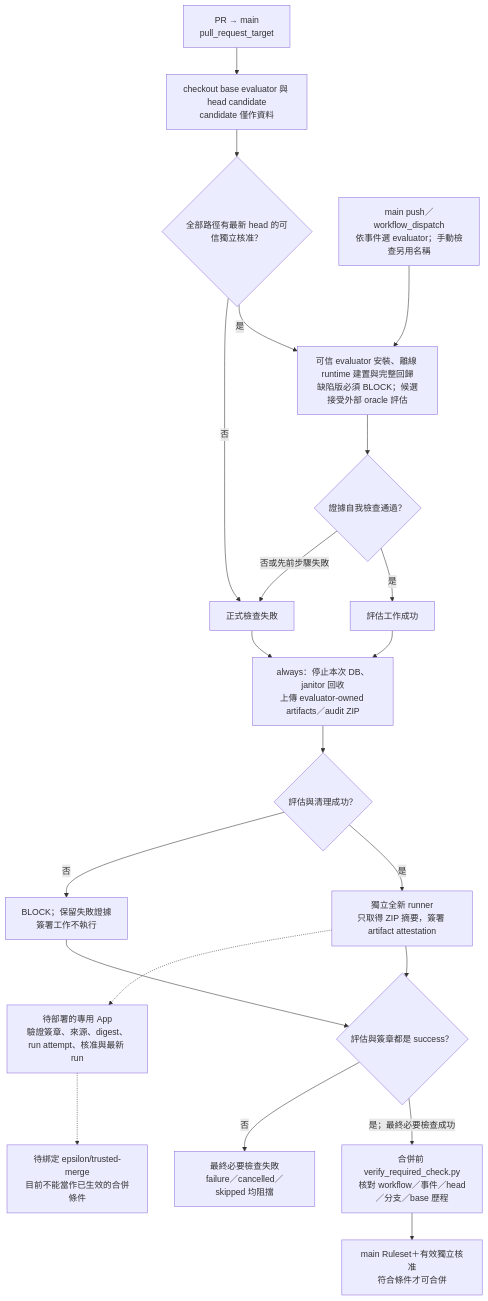
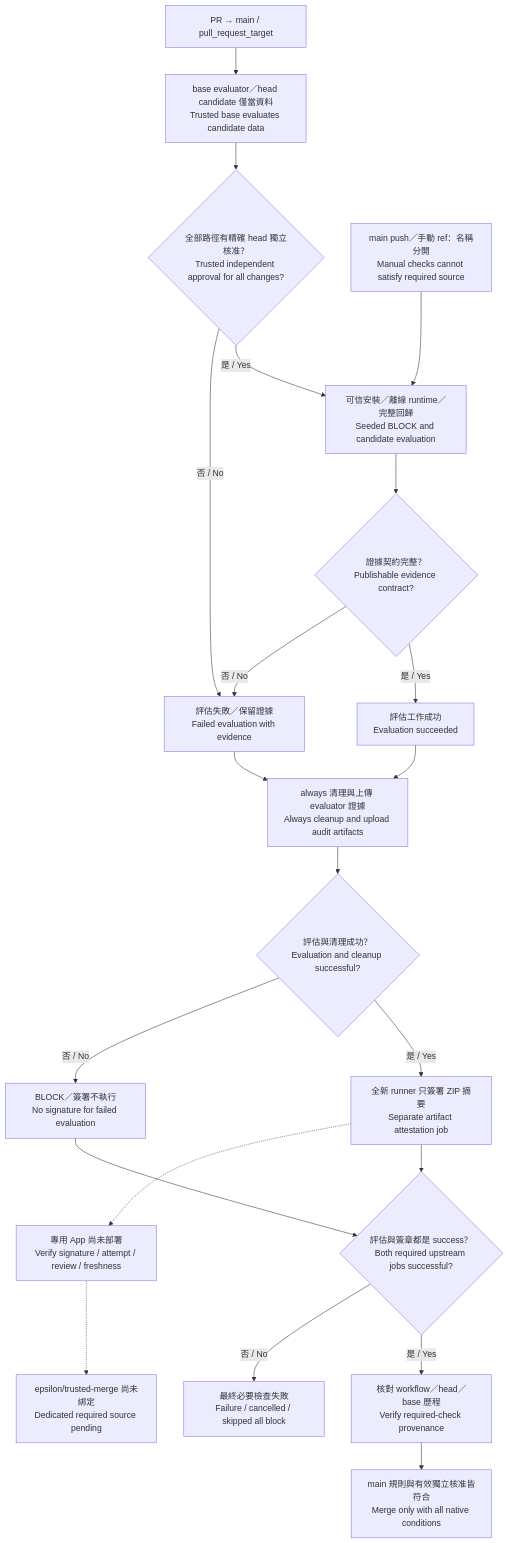
One commit to chinchiang/MultiAgentEpsilon changed the diagram in docs/diagrams/ci-flow.mmd. Above: the diagram before and after it, drawn with Mermaid. The commit also changed 128 other files, not shown here.

```diff
--- a/docs/diagrams/ci-flow.mmd
+++ b/docs/diagrams/ci-flow.mmd
@@ -1,21 +1,21 @@
 flowchart TB
-    PR["PR → main<br/>pull_request_target"] --> Checkout["checkout base evaluator 與 head candidate<br/>candidate 僅作資料"]
-    Checkout --> Guard{"全部路徑有最新 head 的可信獨立核准？"}
-    Guard -->|"是"| Evaluate["可信 evaluator 安裝、離線 runtime 建置與完整回歸<br/>缺陷版必須 BLOCK；候選接受外部 oracle 評估"]
-    Guard -->|"否"| Failure["正式檢查失敗"]
-    Other["main push／workflow_dispatch<br/>依事件選 evaluator；手動檢查另用名稱"] --> Evaluate
-    Evaluate --> Contract{"證據自我檢查通過？"}
-    Contract -->|"是"| Success["評估工作成功"]
-    Contract -->|"否或先前步驟失敗"| Failure
-    Success --> Cleanup["always：停止本次 DB、janitor 回收<br/>上傳 evaluator-owned artifacts／audit ZIP"]
-    Failure --> Cleanup
-    Cleanup --> Finished{"評估與清理成功？"}
-    Finished -->|"是"| Attest["獨立全新 runner<br/>只取得 ZIP 摘要，簽署 artifact attestation"]
-    Finished -->|"否"| Block["BLOCK；保留失敗證據<br/>簽署工作不執行"]
-    Attest --> Final{"評估與簽章都是 success？"}
+    PR["PR → main / pull_request_target"] --> Checkout["base evaluator／head candidate 僅當資料<br/>Trusted base evaluates candidate data"]
+    Checkout --> Guard{"全部路徑有精確 head 獨立核准？<br/>Trusted independent approval for all changes?"}
+    Guard -->|"是 / Yes"| Evaluate["可信安裝／離線 runtime／完整回歸<br/>Seeded BLOCK and candidate evaluation"]
+    Guard -->|"否 / No"| Failed["評估失敗／保留證據<br/>Failed evaluation with evidence"]
+    Other["main push／手動 ref：名稱分開<br/>Manual checks cannot satisfy required source"] --> Evaluate
+    Evaluate --> Contract{"證據契約完整？<br/>Publishable evidence contract?"}
+    Contract -->|"是 / Yes"| Success["評估工作成功<br/>Evaluation succeeded"]
+    Contract -->|"否 / No"| Failed
+    Success --> Cleanup["always 清理與上傳 evaluator 證據<br/>Always cleanup and upload audit artifacts"]
+    Failed --> Cleanup
+    Cleanup --> Ready{"評估與清理成功？<br/>Evaluation and cleanup successful?"}
+    Ready -->|"是 / Yes"| Sign["全新 runner 只簽署 ZIP 摘要<br/>Separate artifact attestation job"]
+    Ready -->|"否 / No"| Block["BLOCK／簽署不執行<br/>No signature for failed evaluation"]
+    Sign --> Final{"評估與簽章都是 success？<br/>Both required upstream jobs successful?"}
     Block --> Final
-    Final -->|"是；最終必要檢查成功"| Verify["合併前 verify_required_check.py<br/>核對 workflow／事件／head／分支／base 歷程"]
-    Final -->|"否"| FinalFailure["最終必要檢查失敗<br/>failure／cancelled／skipped 均阻擋"]
-    Verify --> Merge["main Ruleset＋有效獨立核准<br/>符合條件才可合併"]
-    Attest -.-> Publisher["待部署的專用 App<br/>驗證簽章、來源、digest、run attempt、核准與最新 run"]
-    Publisher -.-> Future["待綁定 epsilon/trusted-merge<br/>目前不能當作已生效的合併條件"]
+    Final -->|"是 / Yes"| Verify["核對 workflow／head／base 歷程<br/>Verify required-check provenance"]
+    Final -->|"否 / No"| Deny["最終必要檢查失敗<br/>Failure / cancelled / skipped all block"]
+    Verify --> Merge["main 規則與有效獨立核准皆符合<br/>Merge only with all native conditions"]
+    Sign -.-> App["專用 App 尚未部署<br/>Verify signature / attempt / review / freshness"]
+    App -.-> Future["epsilon/trusted-merge 尚未綁定<br/>Dedicated required source pending"]
```
